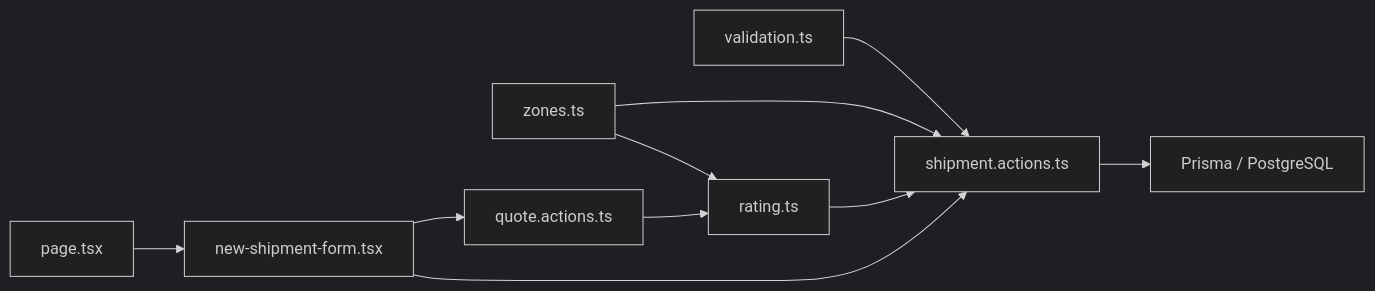
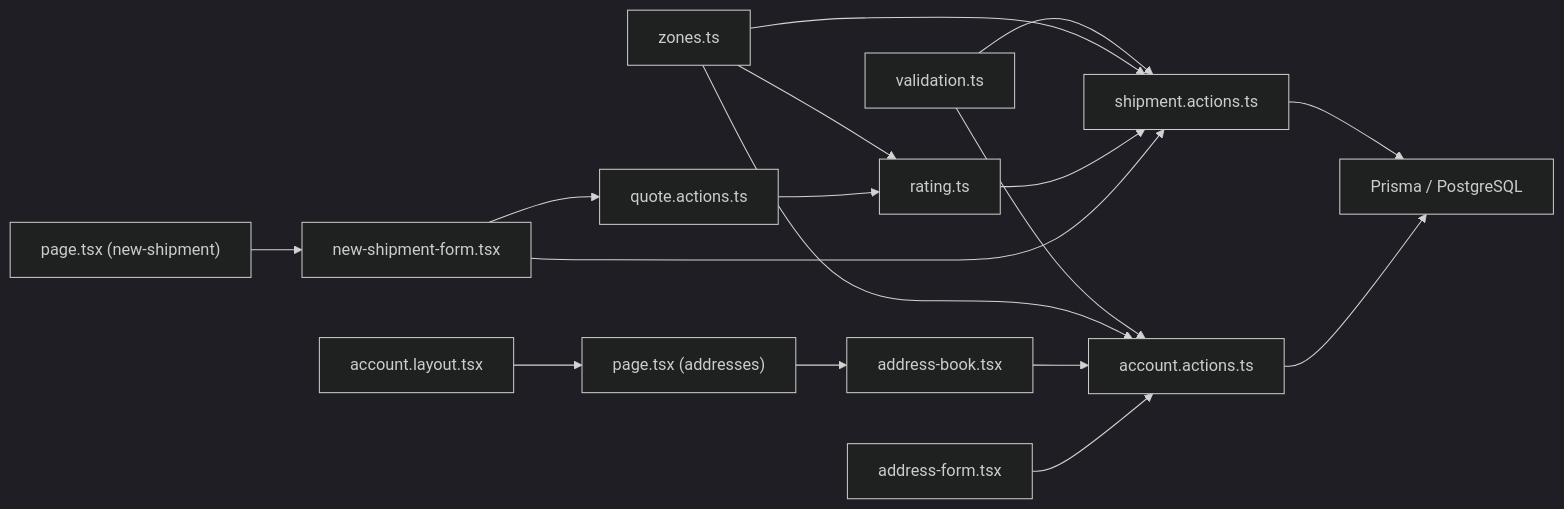
Diagram 13 of 13 in .qoder/repowiki/en/content/Shipment Management/Address Management.md (gyamposudodzi/Timberland), drawn with Mermaid (dark theme) before and after one commit. The commit also changed other lines of this file and 48 other files, not shown here.

First line of the commit message:
feat(testing): expand E2E test coverage with new user flows and dashboard features

````diff
--- a/.qoder/repowiki/en/content/Shipment Management/Address Management.md
+++ b/.qoder/repowiki/en/content/Shipment Management/Address Management.md
@@ -325,12 +493,19 @@
 ```mermaid
 graph LR
 V["validation.ts"] --> S["shipment.actions.ts"]
+V --> AA["account.actions.ts"]
 Z["zones.ts"] --> S
+Z --> AA
 Z --> R["rating.ts"]
 R --> S
 S --> DB["Prisma / PostgreSQL"]
+AA --> DB
 Q["quote.actions.ts"] --> R
 UI["new-shipment-form.tsx"] --> S
 UI --> Q
-PAGE["page.tsx"] --> UI
+UI2["address-book.tsx"] --> AA
+UI3["address-form.tsx"] --> AA
+PAGE["page.tsx (addresses)"] --> UI2
+PAGE2["page.tsx (new-shipment)"] --> UI
+AL["account.layout.tsx"] --> PAGE
 ```
````
